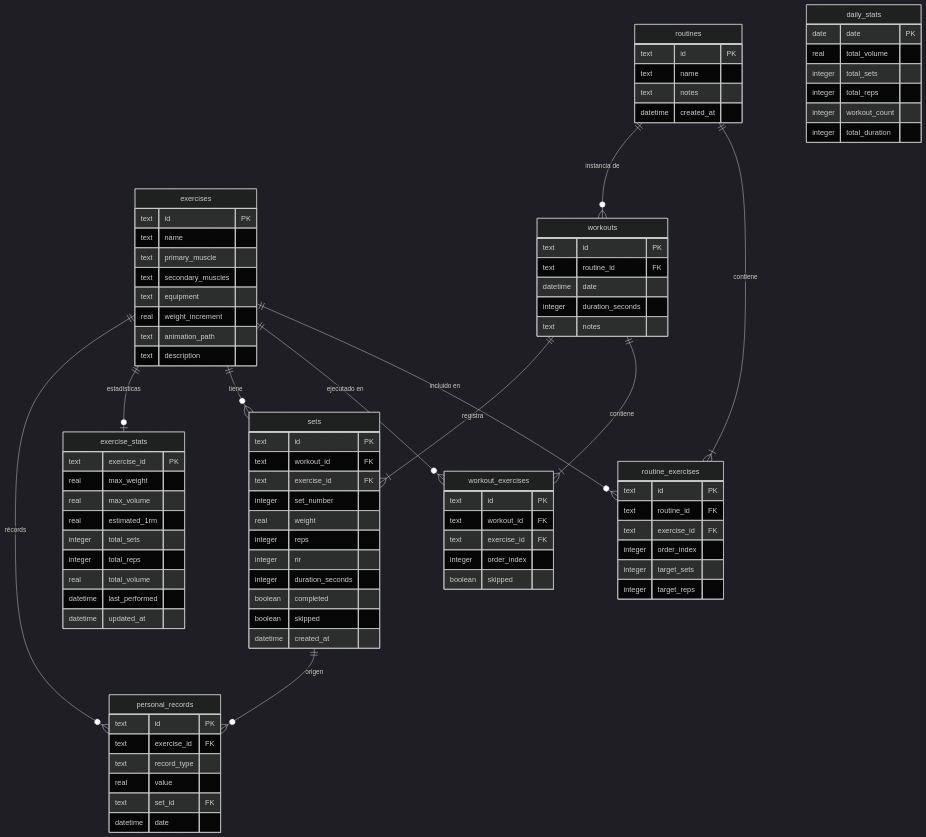
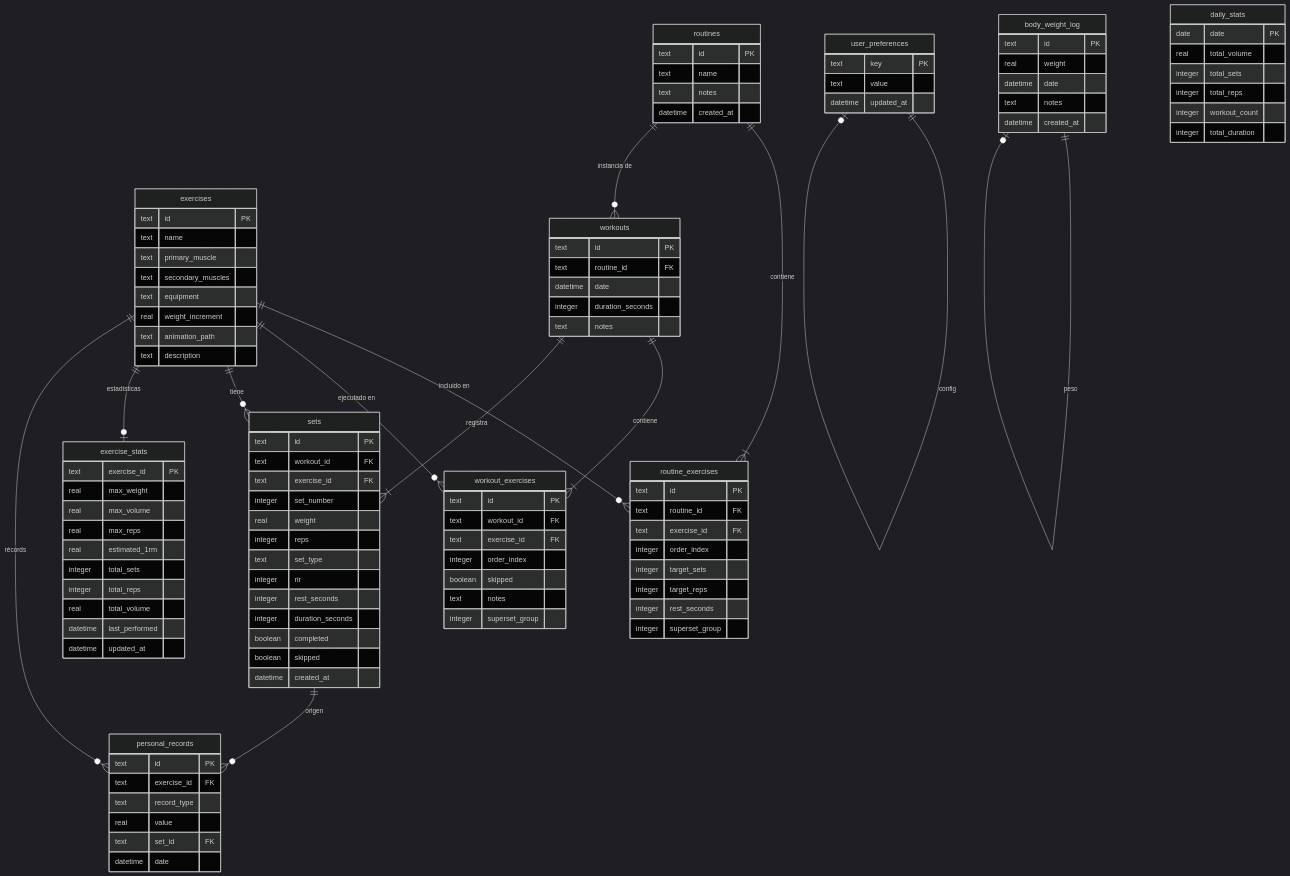
One commit to Rueda-Juan/gymApp changed the second of 4 diagrams in Docs/BD.md. Above: the diagram before and after it, drawn with Mermaid (dark theme). The commit also changed other lines of this file and 79 other files, not shown here.

````diff
--- a/Docs/BD.md
+++ b/Docs/BD.md
@@ -115,6 +115,8 @@
     exercises ||--o| exercise_stats : "estadísticas"
     exercises ||--o{ personal_records : "récords"
     sets ||--o{ personal_records : "origen"
+    user_preferences ||--o| user_preferences : "config"
+    body_weight_log ||--o| body_weight_log : "peso"
 
     exercises {
         text id PK
@@ -141,6 +143,8 @@
         integer order_index
         integer target_sets
         integer target_reps
+        integer rest_seconds
+        integer superset_group
     }
 
     workouts {
@@ -157,6 +161,8 @@
         text exercise_id FK
         integer order_index
         boolean skipped
+        text notes
+        integer superset_group
     }
 
     sets {
@@ -166,7 +172,9 @@
         integer set_number
         real weight
         integer reps
+        text set_type
         integer rir
+        integer rest_seconds
         integer duration_seconds
         boolean completed
         boolean skipped
@@ -177,6 +185,7 @@
         text exercise_id PK
         real max_weight
         real max_volume
+        real max_reps
         real estimated_1rm
         integer total_sets
         integer total_reps
@@ -202,4 +211,18 @@
         integer workout_count
         integer total_duration
     }
+
+    user_preferences {
+        text key PK
+        text value
+        datetime updated_at
+    }
+
+    body_weight_log {
+        text id PK
+        real weight
+        datetime date
+        text notes
+        datetime created_at
+    }
 ```
````
